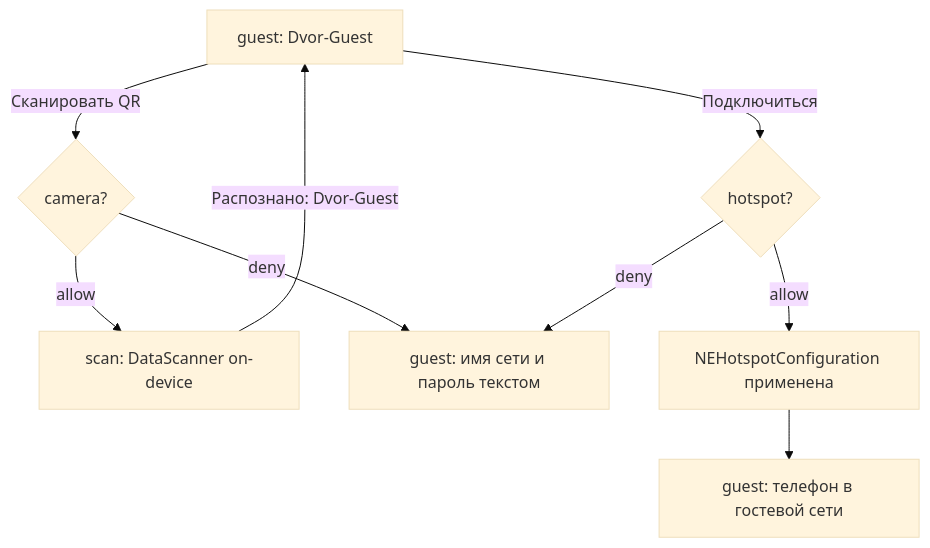
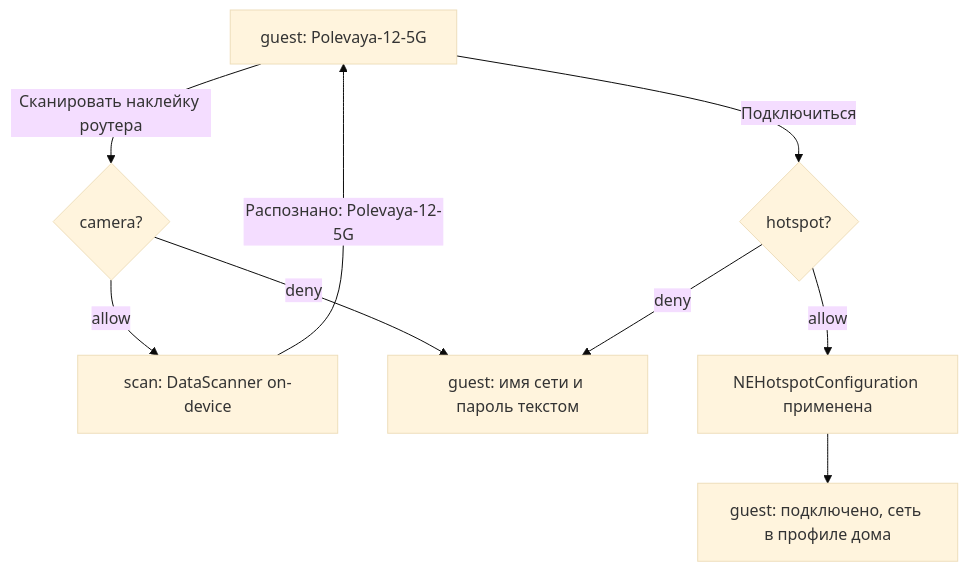
One commit to vladshukurov/concepts_new changed the third of 4 diagrams in platform/concepts/dvor/docs/02-architecture.md. Above: the diagram before and after it, drawn with Mermaid (base theme). The commit also changed other lines of this file and 74 other files, not shown here.

````diff
--- a/platform/concepts/dvor/docs/02-architecture.md
+++ b/platform/concepts/dvor/docs/02-architecture.md
@@ -361,11 +353,11 @@
 ```mermaid
 flowchart TD
-  A[guest: Dvor-Guest] -->|Сканировать QR| B{camera?}
+  A[guest: Polevaya-12-5G] -->|Сканировать наклейку роутера| B{camera?}
   B -->|allow| C[scan: DataScanner on-device]
   B -->|deny| D[guest: имя сети и пароль текстом]
-  C -->|Распознано: Dvor-Guest| A
+  C -->|Распознано: Polevaya-12-5G| A
   A -->|Подключиться| E{hotspot?}
   E -->|allow| F[NEHotspotConfiguration применена]
   E -->|deny| D
-  F --> G[guest: телефон в гостевой сети]
+  F --> G[guest: подключено, сеть в профиле дома]
 ```
````
